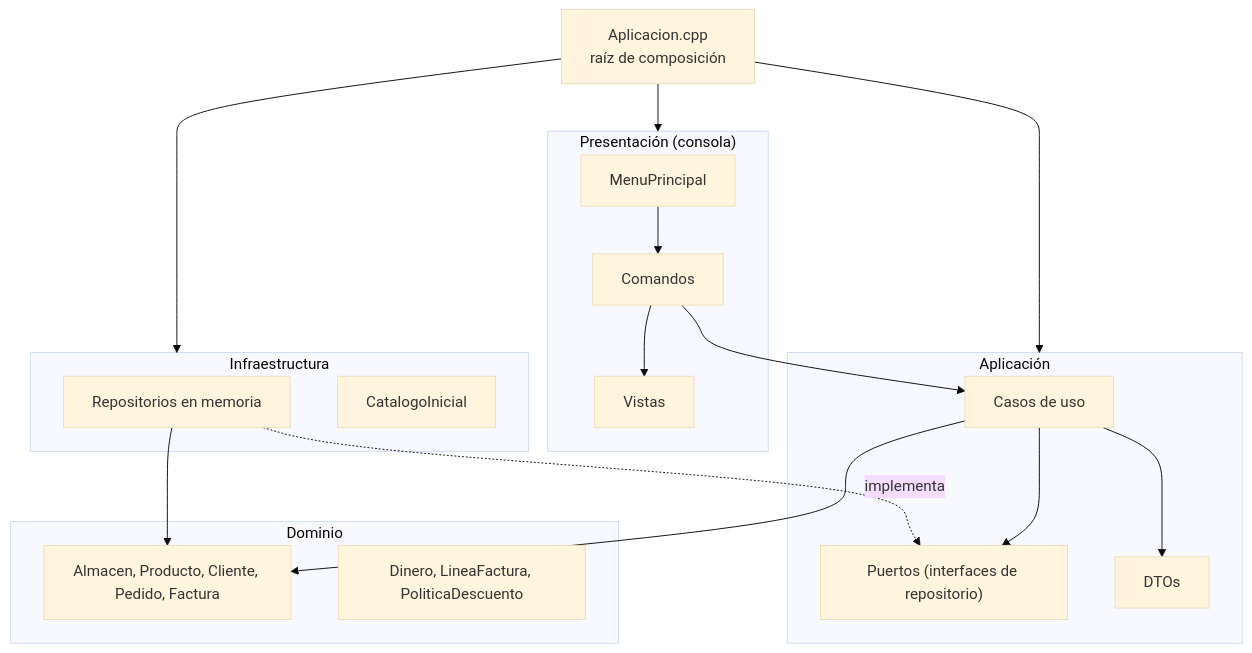
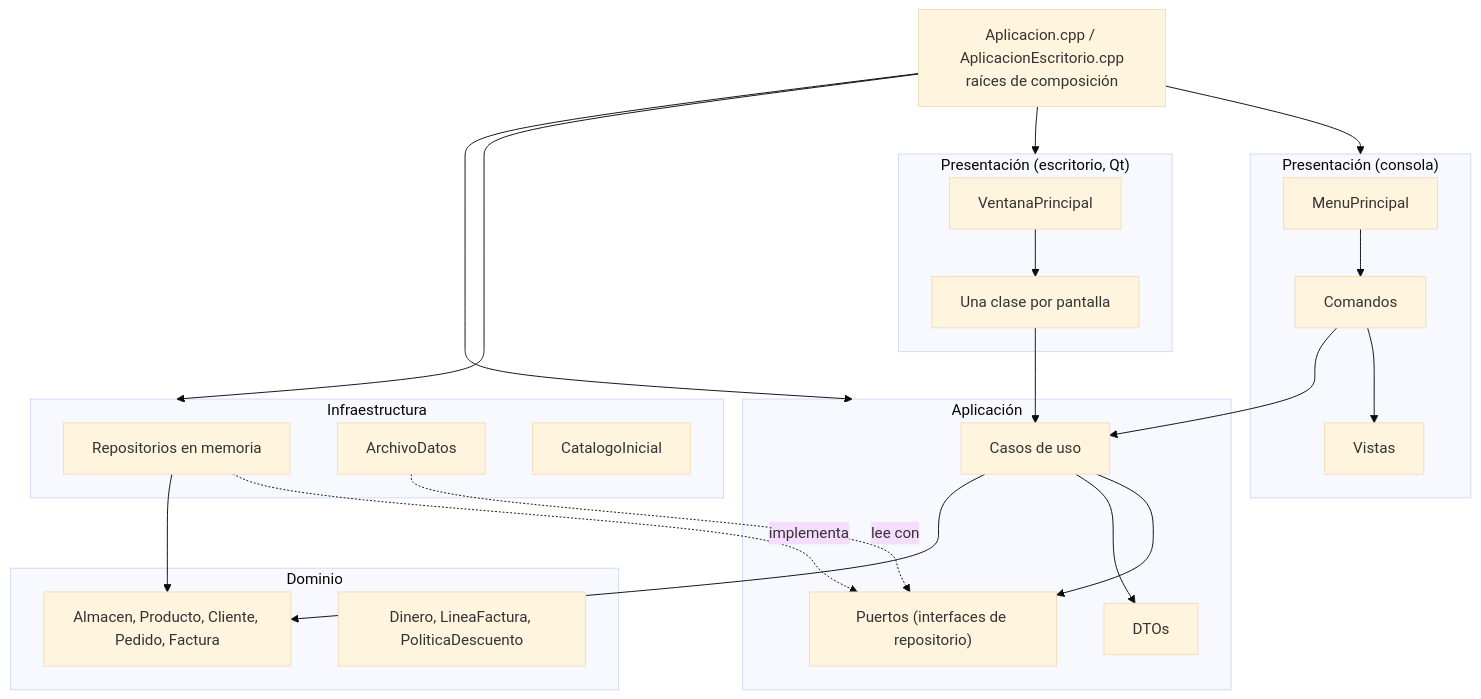
The first of 2 diagrams in docs/ARQUITECTURA.md (santyxswc/almacen-c), drawn with Mermaid (base theme) before and after one commit. The commit also changed other lines of this file and 11 other files, not shown here.

````diff
--- a/docs/ARQUITECTURA.md
+++ b/docs/ARQUITECTURA.md
@@ -12,26 +16,33 @@
 ```mermaid
 flowchart TB
     subgraph P["Presentación (consola)"]
         Menu["MenuPrincipal"] --> Cmd["Comandos"]
         Cmd --> Vistas
     end
+    subgraph E["Presentación (escritorio, Qt)"]
+        Ventana["VentanaPrincipal"] --> Paginas["Una clase por pantalla"]
+    end
     subgraph I["Infraestructura"]
         Repos["Repositorios en memoria"]
+        Archivo["ArchivoDatos"]
         Catalogo["CatalogoInicial"]
     end
     subgraph A["Aplicación"]
         CU["Casos de uso"] --> Puertos["Puertos (interfaces de repositorio)"]
         CU --> DTOs
     end
     subgraph D["Dominio"]
         Entidades["Almacen, Producto, Cliente, Pedido, Factura"]
         Valor["Dinero, LineaFactura, PoliticaDescuento"]
     end
     Cmd --> CU
+    Paginas --> CU
     Repos -. implementa .-> Puertos
+    Archivo -. lee con .-> Puertos
     CU --> Entidades
     Repos --> Entidades
-    Raiz["Aplicacion.cpp<br/>raíz de composición"] --> P
+    Raiz["Aplicacion.cpp / AplicacionEscritorio.cpp<br/>raíces de composición"] --> P
+    Raiz --> E
     Raiz --> I
     Raiz --> A
 ```
````
